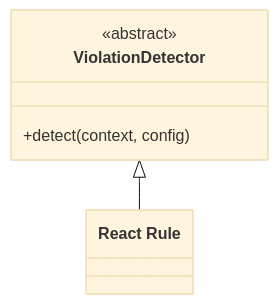
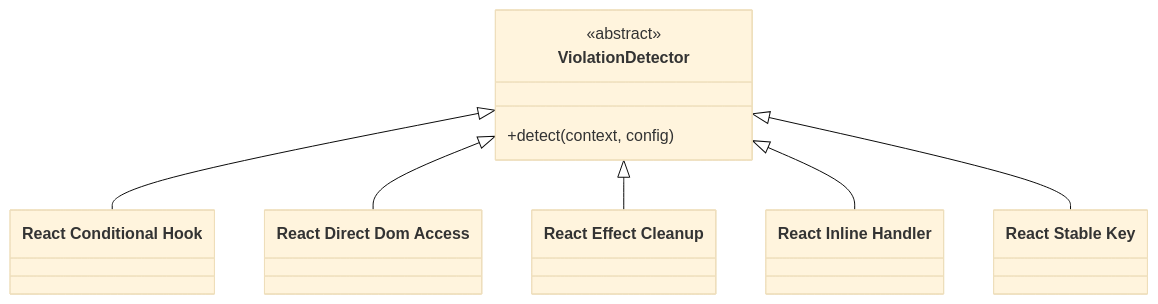
Before and after one commit to Anselmoo/mcp-zen-of-languages: the second of 4 diagrams in docs/user-guide/frameworks/react.md, drawn with Mermaid. The commit also changed other lines of this file and 41 other files, not shown here.

````diff
--- a/docs/user-guide/frameworks/react.md
+++ b/docs/user-guide/frameworks/react.md
@@ -133,11 +155,19 @@
     ```mermaid
     %%{init: {"theme": "base"}}%%
     classDiagram
         direction TB
         class ViolationDetector {
             <<abstract>>
             +detect(context, config)
         }
-        class det_01["React Rule"]
+        class det_01["React Conditional Hook"]
         ViolationDetector <|-- det_01
+        class det_02["React Direct Dom Access"]
+        ViolationDetector <|-- det_02
+        class det_03["React Effect Cleanup"]
+        ViolationDetector <|-- det_03
+        class det_04["React Inline Handler"]
+        ViolationDetector <|-- det_04
+        class det_05["React Stable Key"]
+        ViolationDetector <|-- det_05
     ```
````
